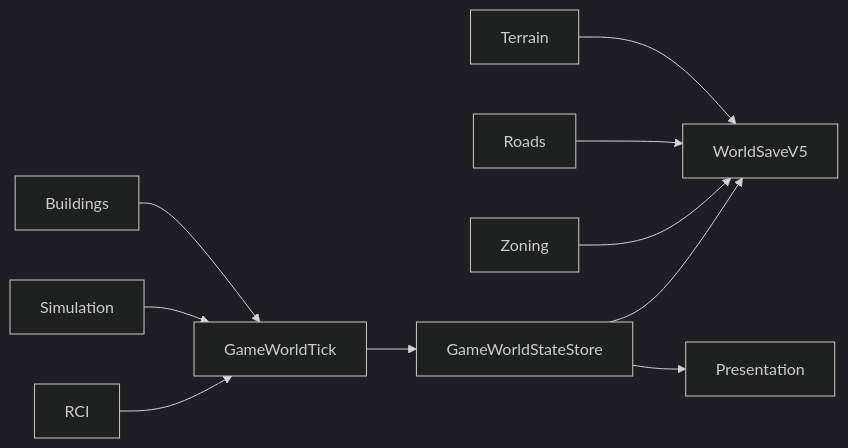
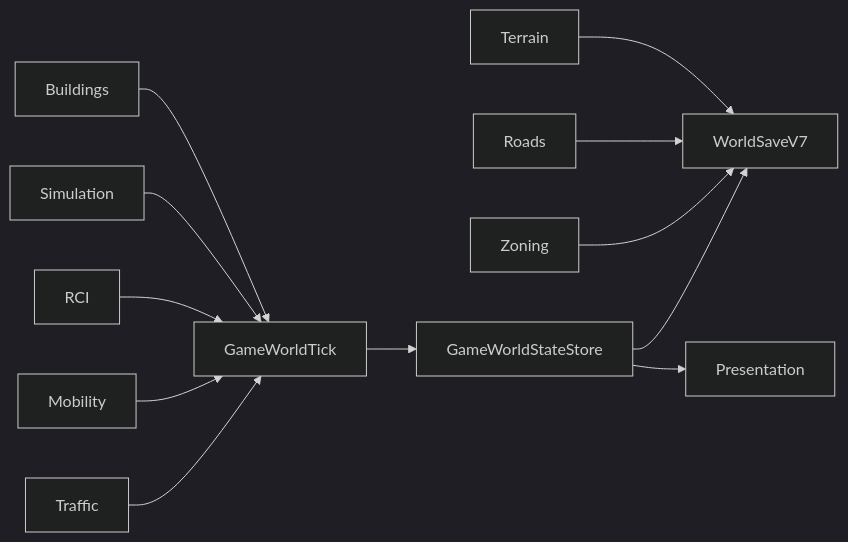
The diagram in docs/systems/world/README.md (petechatchawan/web-three-city), drawn with Mermaid (dark theme) before and after one commit. The commit also changed other lines of this file and 6 other files, not shown here.

Commit message:
docs: synchronize mobility traffic release handoffs

````diff
--- a/docs/systems/world/README.md
+++ b/docs/systems/world/README.md
@@ -55,12 +57,14 @@
 ```mermaid
 flowchart LR
-  Terrain --> WorldSaveV5
-  Roads --> WorldSaveV5
-  Zoning --> WorldSaveV5
+  Terrain --> WorldSaveV7
+  Roads --> WorldSaveV7
+  Zoning --> WorldSaveV7
   Buildings --> GameWorldTick
   Simulation --> GameWorldTick
   RCI --> GameWorldTick
+  Mobility --> GameWorldTick
+  Traffic --> GameWorldTick
   GameWorldTick --> StateStore[GameWorldStateStore]
-  StateStore --> WorldSaveV5
+  StateStore --> WorldSaveV7
   StateStore --> Presentation
 ```
````
